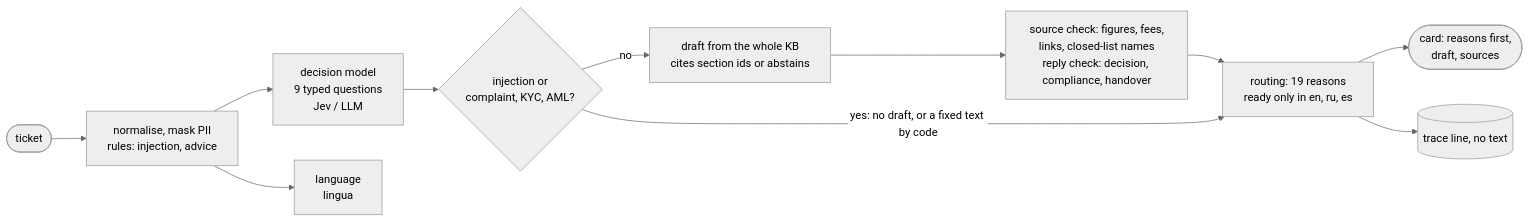
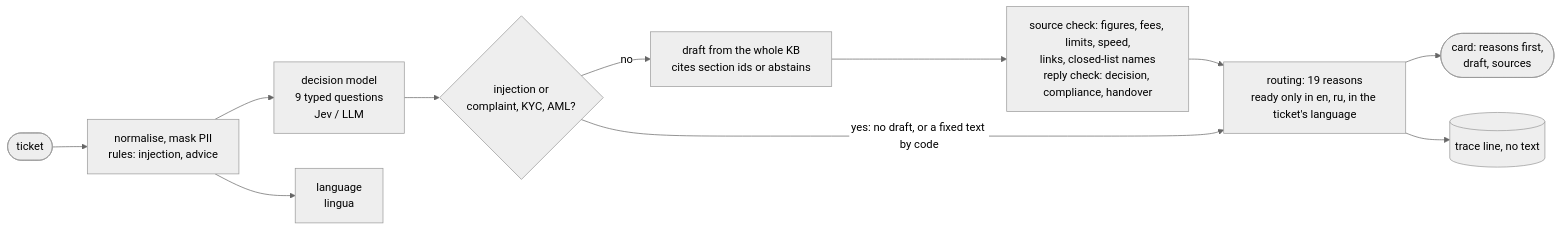
Before and after one commit to Gevernus/valetax-copilot: the diagram in README.md, drawn with Mermaid (neutral theme). The commit also changed other lines of this file and 49 other files, not shown here.

First line of the commit message:
fix: closed world for fees, limits and speed; per-sentence language; links as keys

````diff
--- a/README.md
+++ b/README.md
@@ -61,13 +66,13 @@
 ```mermaid
 flowchart LR
     t([ticket]) --> m[normalise, mask PII<br/>rules: injection, advice]
     m --> c[decision model<br/>9 typed questions<br/>Jev / LLM]
     m --> l[language<br/>lingua]
     c --> d{injection or<br/>complaint, KYC, AML?}
     d -->|no| g[draft from the whole KB<br/>cites section ids or abstains]
-    g --> k[source check: figures, fees,<br/>links, closed-list names<br/>reply check: decision, compliance, handover]
-    k --> r[routing: 19 reasons<br/>ready only in en, ru, es]
+    g --> k[source check: figures, fees, limits, speed,<br/>links, closed-list names<br/>reply check: decision, compliance, handover]
+    k --> r[routing: 19 reasons<br/>ready only in en, ru, in the ticket's language]
     d -->|yes: no draft, or a fixed text by code| r
     r --> card([card: reasons first,<br/>draft, sources])
     r --> tr[(trace line, no text)]
 ```
````
